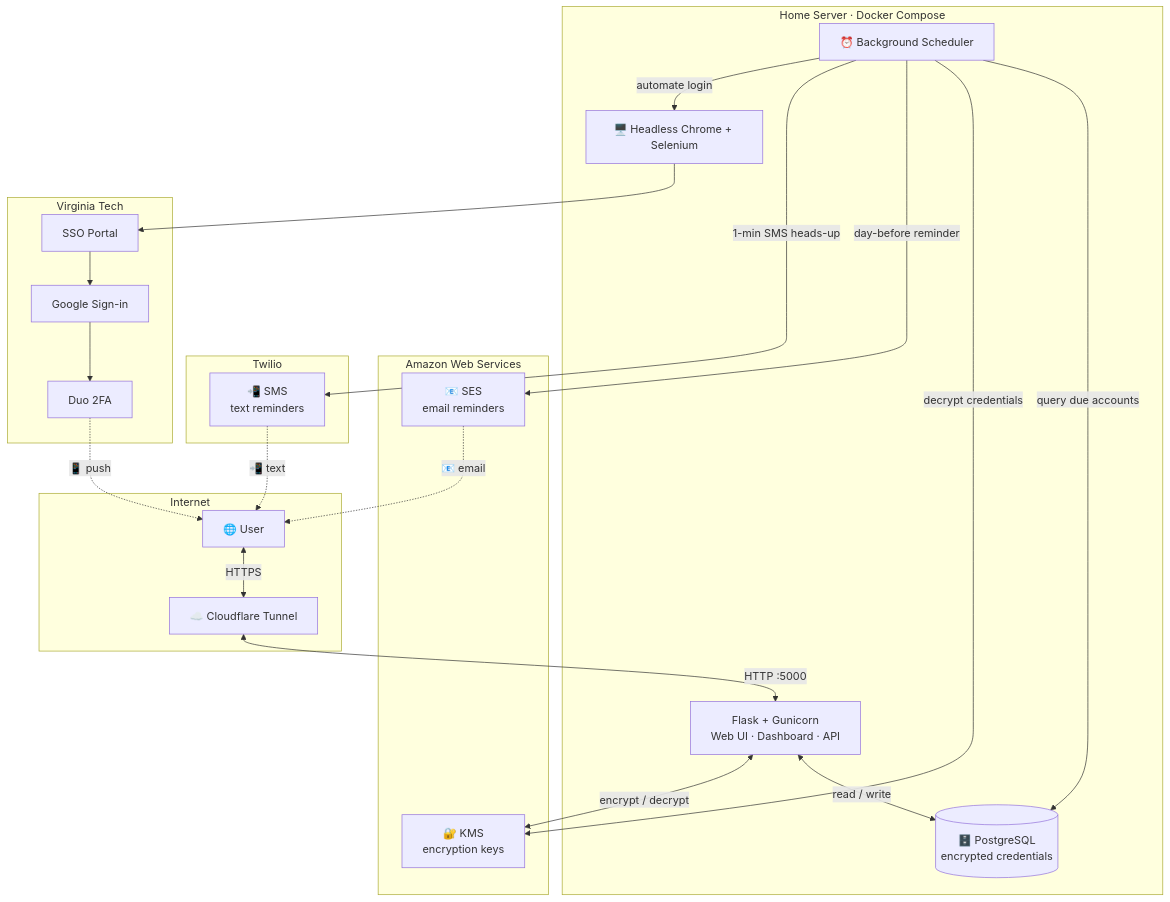
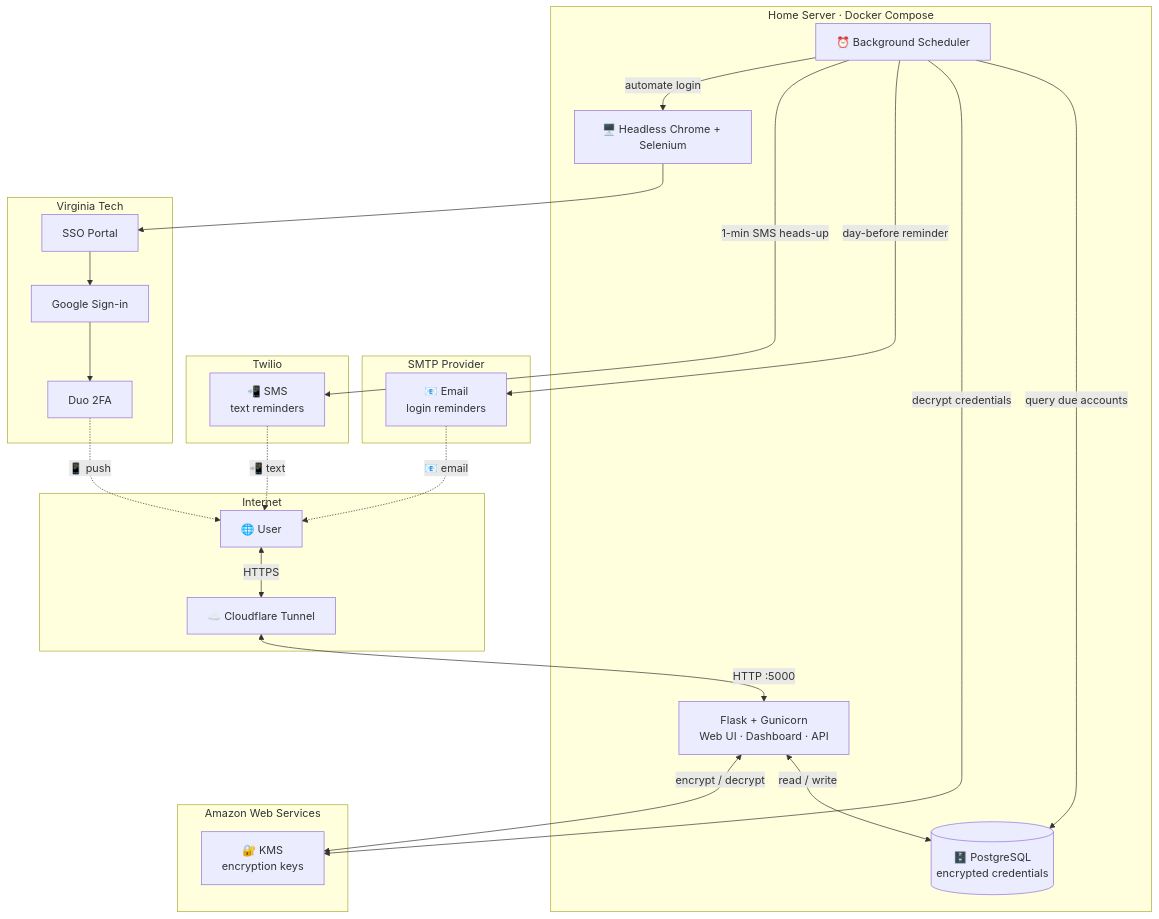
One commit to tfeuerbach/virginiatech-email-saver changed the second of 2 diagrams in README.md. Above: the diagram before and after it, drawn with Mermaid. The commit also changed other lines of this file, not shown here.

````diff
--- a/README.md
+++ b/README.md
@@ -56,45 +56,48 @@
 ```mermaid
 graph TB
     subgraph Internet
         User["🌐 User"]
         CF["☁️ Cloudflare Tunnel"]
     end
 
     subgraph Server["Home Server · Docker Compose"]
         Gunicorn["Flask + Gunicorn<br/>Web UI · Dashboard · API"]
         Scheduler["⏰ Background Scheduler"]
         Chrome["🖥️ Headless Chrome + Selenium"]
         DB[("🗄️ PostgreSQL<br/>encrypted credentials")]
     end
 
     subgraph AWS["Amazon Web Services"]
         KMS["🔐 KMS<br/>encryption keys"]
-        SES["📧 SES<br/>email reminders"]
+    end
+
+    subgraph SMTP["SMTP Provider"]
+        Email["📧 Email<br/>login reminders"]
     end
 
     subgraph Twilio["Twilio"]
         SMS["📲 SMS<br/>text reminders"]
     end
 
     subgraph VT["Virginia Tech"]
         SSO["SSO Portal"]
         Google["Google Sign-in"]
         Duo["Duo 2FA"]
     end
 
     User <-->|HTTPS| CF
     CF <-->|HTTP :5000| Gunicorn
     Gunicorn <-->|read / write| DB
     Gunicorn <-->|encrypt / decrypt| KMS
 
     Scheduler -->|query due accounts| DB
     Scheduler -->|decrypt credentials| KMS
-    Scheduler -->|day-before reminder| SES
+    Scheduler -->|day-before reminder| Email
     Scheduler -->|1-min SMS heads-up| SMS
     Scheduler -->|automate login| Chrome
 
-    SES -.->|📧 email| User
+    Email -.->|📧 email| User
     SMS -.->|📲 text| User
     Chrome --> SSO --> Google --> Duo
     Duo -.->|📱 push| User
 ```
````
